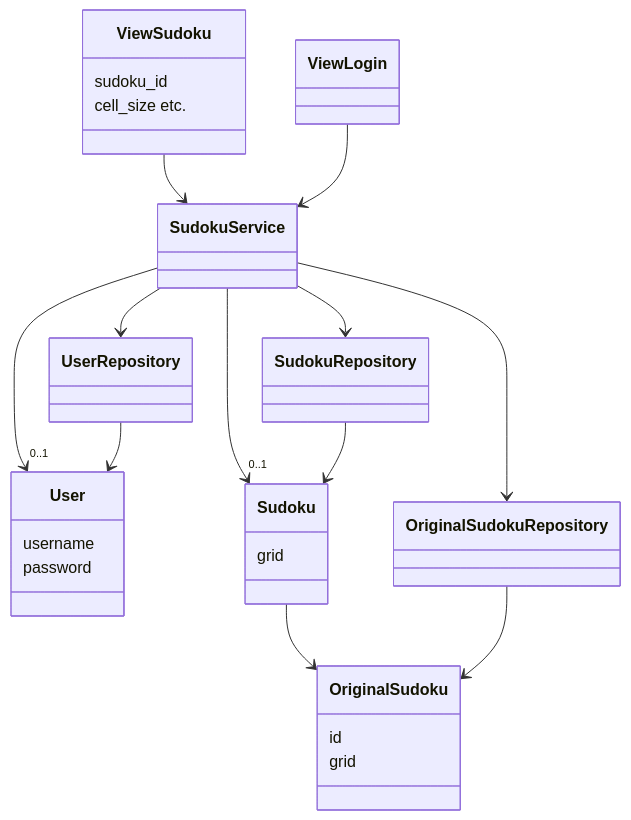
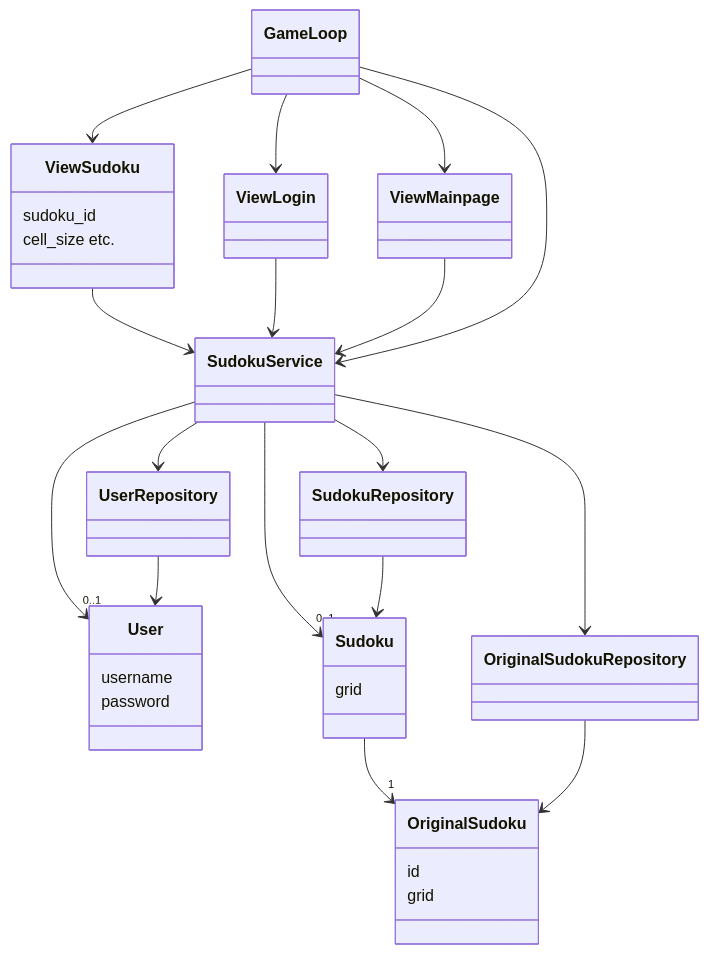
Before and after one commit to oliviahorjamo/OhTe-harjoitustyo-2022: the first of 3 diagrams in dokumentaatio/arkkitehtuuri.md, drawn with Mermaid. The commit also changed other lines of this file, not shown here.

````diff
--- a/dokumentaatio/arkkitehtuuri.md
+++ b/dokumentaatio/arkkitehtuuri.md
@@ -18,37 +16,42 @@
 ```mermaid
  classDiagram
       class User{
           username
           password
       }
       class Sudoku{
           grid
       }
       class OriginalSudoku{
           id
           grid
       }
       class SudokuService{
       }
       class ViewSudoku{
           sudoku_id
           cell_size etc.
       }
       class ViewLogin{
       }
       class UserRepository{
       }
       class SudokuRepository{
       }
       ViewSudoku --> SudokuService
       ViewLogin --> SudokuService
+      ViewMainpage --> SudokuService
+      GameLoop --> ViewSudoku
+      GameLoop --> ViewLogin
+      GameLoop --> ViewMainpage
+      GameLoop --> SudokuService
       SudokuService --> "0..1" User
       SudokuService --> "0..1" Sudoku
       SudokuService --> UserRepository
       UserRepository --> User
       SudokuService --> SudokuRepository
       SudokuRepository --> Sudoku
-      Sudoku --> OriginalSudoku
+      Sudoku --> "1" OriginalSudoku
       OriginalSudokuRepository --> OriginalSudoku
       SudokuService --> OriginalSudokuRepository
 ```
````
